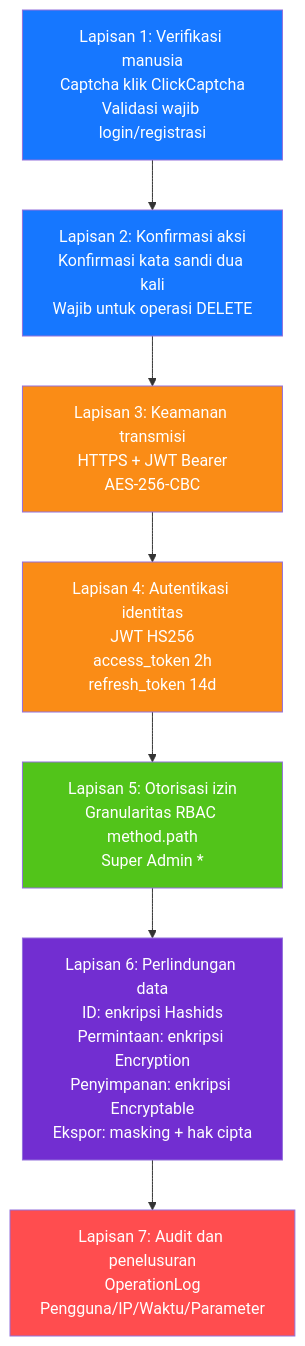
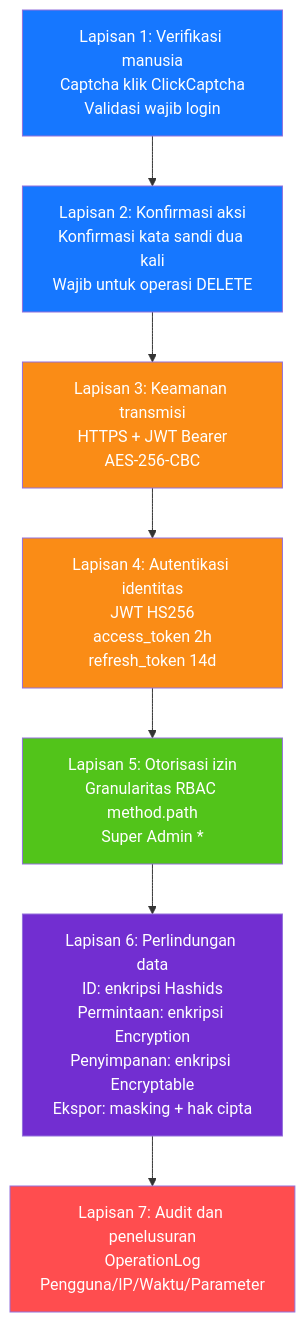
The diagram in docs/diagrams/11-security-defense.id.md (erikwang2013/open-admin), drawn with Mermaid before and after one commit. The commit also changed 115 other files, not shown here.

First line of the commit message:
功能：新增项目宠物「小安」、站点首页与手写 SVG 设计图集；全部文档对齐代码

````diff
--- a/docs/diagrams/11-security-defense.id.md
+++ b/docs/diagrams/11-security-defense.id.md
@@ -7,20 +7,20 @@
 ```mermaid
 flowchart TB
-    l1["Lapisan 1: Verifikasi manusia<br/>Captcha klik ClickCaptcha<br/>Validasi wajib login/registrasi"]
+    l1["Lapisan 1: Verifikasi manusia<br/>Captcha klik ClickCaptcha<br/>Validasi wajib login"]
     l2["Lapisan 2: Konfirmasi aksi<br/>Konfirmasi kata sandi dua kali<br/>Wajib untuk operasi DELETE"]
     l3["Lapisan 3: Keamanan transmisi<br/>HTTPS + JWT Bearer<br/>AES-256-CBC"]
     l4["Lapisan 4: Autentikasi identitas<br/>JWT HS256<br/>access_token 2h<br/>refresh_token 14d"]
     l5["Lapisan 5: Otorisasi izin<br/>Granularitas RBAC method.path<br/>Super Admin *"]
     l6["Lapisan 6: Perlindungan data<br/>ID: enkripsi Hashids<br/>Permintaan: enkripsi Encryption<br/>Penyimpanan: enkripsi Encryptable<br/>Ekspor: masking + hak cipta"]
     l7["Lapisan 7: Audit dan penelusuran<br/>OperationLog<br/>Pengguna/IP/Waktu/Parameter"]
 
     l1 --> l2 --> l3 --> l4 --> l5 --> l6 --> l7
 
     style l1 fill:#1677FF,color:#fff
     style l2 fill:#1677FF,color:#fff
     style l3 fill:#FA8C16,color:#fff
     style l4 fill:#FA8C16,color:#fff
     style l5 fill:#52C41A,color:#fff
     style l6 fill:#722ED1,color:#fff
     style l7 fill:#FF4D4F,color:#fff
 ```
````
